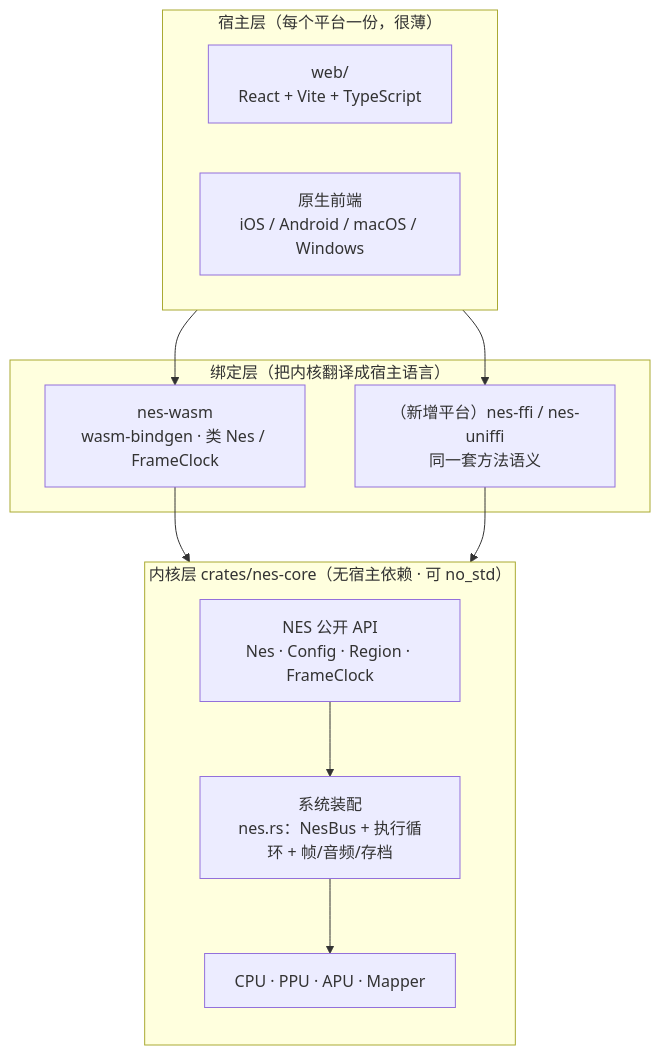
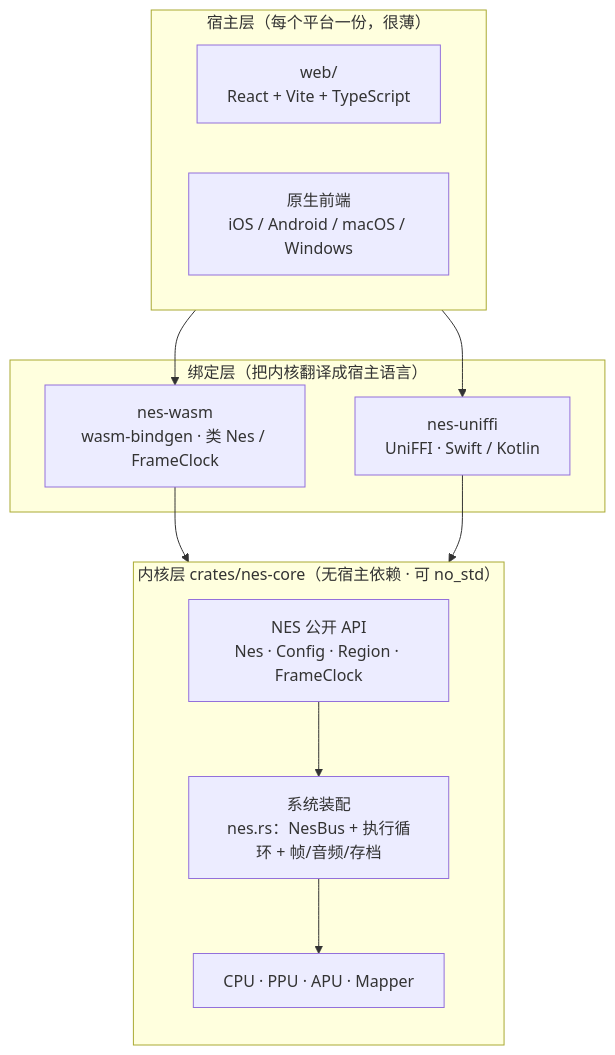
The first of 13 diagrams in docs/architecture.md (YufJi/nes-emulator), drawn with Mermaid before and after one commit. The commit also changed other lines of this file and 1 other file, not shown here.

First line of the commit message:
docs: 绑定层拆为 WASM / UniFFI 两节，补 nes-uniffi 说明

````diff
--- a/docs/architecture.md
+++ b/docs/architecture.md
@@ -30,27 +30,27 @@
 ```mermaid
 flowchart TB
     subgraph Host["宿主层（每个平台一份，很薄）"]
         direction LR
         Web["web/<br/>React + Vite + TypeScript"]
         Native["原生前端<br/>iOS / Android / macOS / Windows"]
     end
 
     subgraph Bindings["绑定层（把内核翻译成宿主语言）"]
         Wasm["nes-wasm<br/>wasm-bindgen · 类 Nes / FrameClock"]
-        Future["（新增平台）nes-ffi / nes-uniffi<br/>同一套方法语义"]
+        Uni["nes-uniffi<br/>UniFFI · Swift / Kotlin"]
     end
 
     subgraph Core["内核层 crates/nes-core（无宿主依赖 · 可 no_std）"]
         direction TB
         Api["NES 公开 API<br/>Nes · Config · Region · FrameClock"]
         System["系统装配<br/>nes.rs：NesBus + 执行循环 + 帧/音频/存档"]
         Units["CPU · PPU · APU · Mapper"]
     end
 
     Web --> Wasm
-    Native --> Future
+    Native --> Uni
     Wasm --> Api
-    Future --> Api
+    Uni --> Api
     Api --> System
     System --> Units
 ```
````
